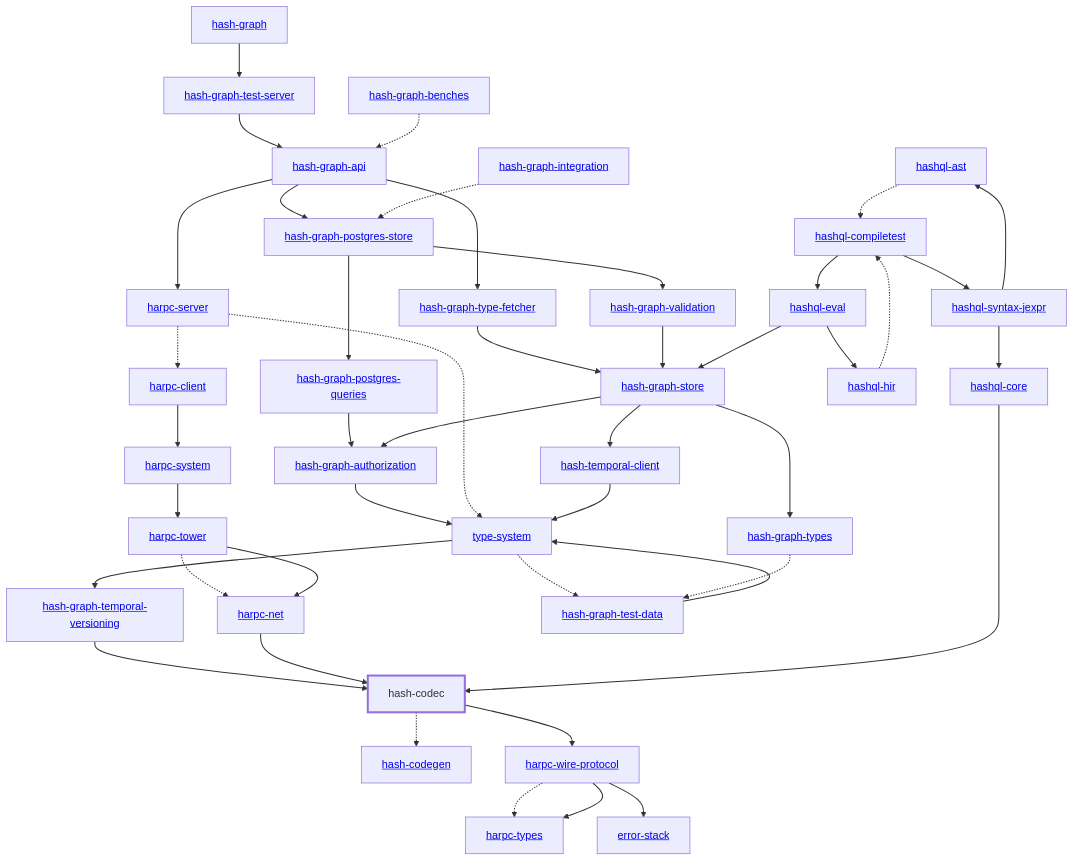
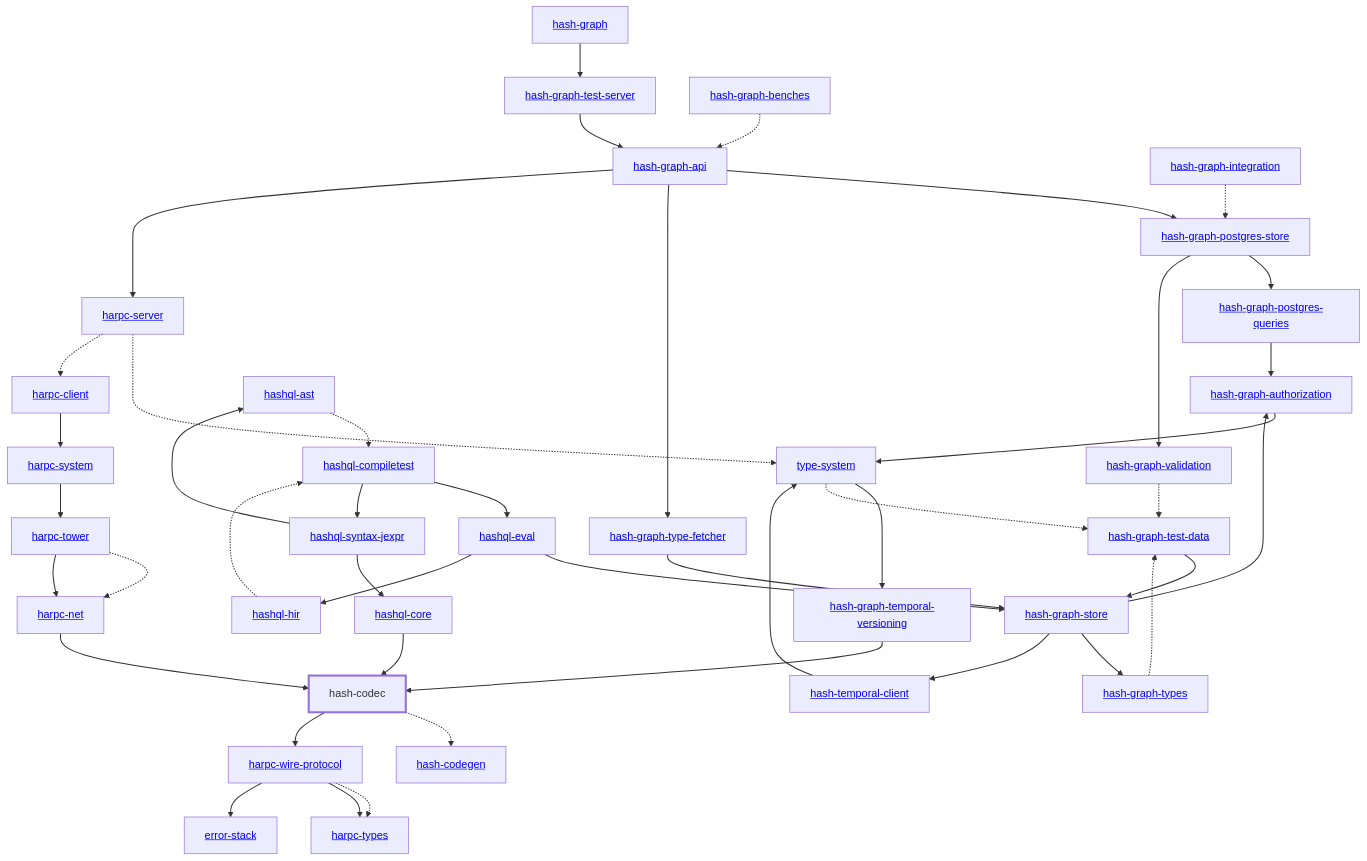
The diagram in libs/@local/codec/docs/dependency-diagram.mmd (hashintel/hash), drawn with Mermaid before and after one commit. The commit also changed 41 other files, not shown here.

```diff
--- a/libs/@local/codec/docs/dependency-diagram.mmd
+++ b/libs/@local/codec/docs/dependency-diagram.mmd
@@ -1,86 +1,86 @@
 graph TD
     linkStyle default stroke-width:1.5px
     classDef default stroke-width:1px
     classDef root stroke-width:3px
     classDef dev stroke-width:1px
     classDef build stroke-width:1px
     %% Legend
     %% --> : Normal dependency
     %% -.-> : Dev dependency
     %% ---> : Build dependency
     0[<a href="../hash_graph/index.html">hash-graph</a>]
     1[<a href="../type_system/index.html">type-system</a>]
     2[hash-codec]
     class 2 root
     3[<a href="../hash_codegen/index.html">hash-codegen</a>]
     4[<a href="../hash_graph_api/index.html">hash-graph-api</a>]
     5[<a href="../hash_graph_authorization/index.html">hash-graph-authorization</a>]
     6[<a href="../hash_graph_postgres_queries/index.html">hash-graph-postgres-queries</a>]
     7[<a href="../hash_graph_postgres_store/index.html">hash-graph-postgres-store</a>]
     8[<a href="../hash_graph_store/index.html">hash-graph-store</a>]
     9[<a href="../hash_graph_temporal_versioning/index.html">hash-graph-temporal-versioning</a>]
     10[<a href="../hash_graph_test_server/index.html">hash-graph-test-server</a>]
     11[<a href="../hash_graph_type_fetcher/index.html">hash-graph-type-fetcher</a>]
     12[<a href="../hash_graph_types/index.html">hash-graph-types</a>]
     13[<a href="../hash_graph_validation/index.html">hash-graph-validation</a>]
     14[<a href="../harpc_client/index.html">harpc-client</a>]
     15[<a href="../harpc_net/index.html">harpc-net</a>]
     16[<a href="../harpc_server/index.html">harpc-server</a>]
     17[<a href="../harpc_system/index.html">harpc-system</a>]
     18[<a href="../harpc_tower/index.html">harpc-tower</a>]
     19[<a href="../harpc_types/index.html">harpc-types</a>]
     20[<a href="../harpc_wire_protocol/index.html">harpc-wire-protocol</a>]
     21[<a href="../hashql_ast/index.html">hashql-ast</a>]
     22[<a href="../hashql_compiletest/index.html">hashql-compiletest</a>]
     23[<a href="../hashql_core/index.html">hashql-core</a>]
     24[<a href="../hashql_eval/index.html">hashql-eval</a>]
     25[<a href="../hashql_hir/index.html">hashql-hir</a>]
     26[<a href="../hashql_syntax_jexpr/index.html">hashql-syntax-jexpr</a>]
     27[<a href="../hash_temporal_client/index.html">hash-temporal-client</a>]
     28[<a href="../error_stack/index.html">error-stack</a>]
     29[<a href="../hash_graph_benches/index.html">hash-graph-benches</a>]
     30[<a href="../hash_graph_integration/index.html">hash-graph-integration</a>]
     31[<a href="../hash_graph_test_data/index.html">hash-graph-test-data</a>]
     0 --> 10
     1 --> 9
     1 -.-> 31
     2 -.-> 3
     2 --> 20
     4 --> 7
     4 --> 11
     4 --> 16
     5 --> 1
     6 --> 5
     7 --> 6
     7 --> 13
     8 --> 5
     8 --> 12
     8 --> 27
     9 --> 2
     10 --> 4
     11 --> 8
     12 -.-> 31
-    13 --> 8
+    13 -.-> 31
     14 --> 17
     15 --> 2
     16 -.-> 1
     16 -.-> 14
     17 --> 18
     18 -.-> 15
     18 --> 15
     20 -.-> 19
     20 --> 19
     20 --> 28
     21 -.-> 22
     22 --> 24
     22 --> 26
     23 --> 2
     24 --> 8
     24 --> 25
     25 -.-> 22
     26 --> 21
     26 --> 23
     27 --> 1
     29 -.-> 4
     30 -.-> 7
-    31 --> 1
+    31 --> 8
```
